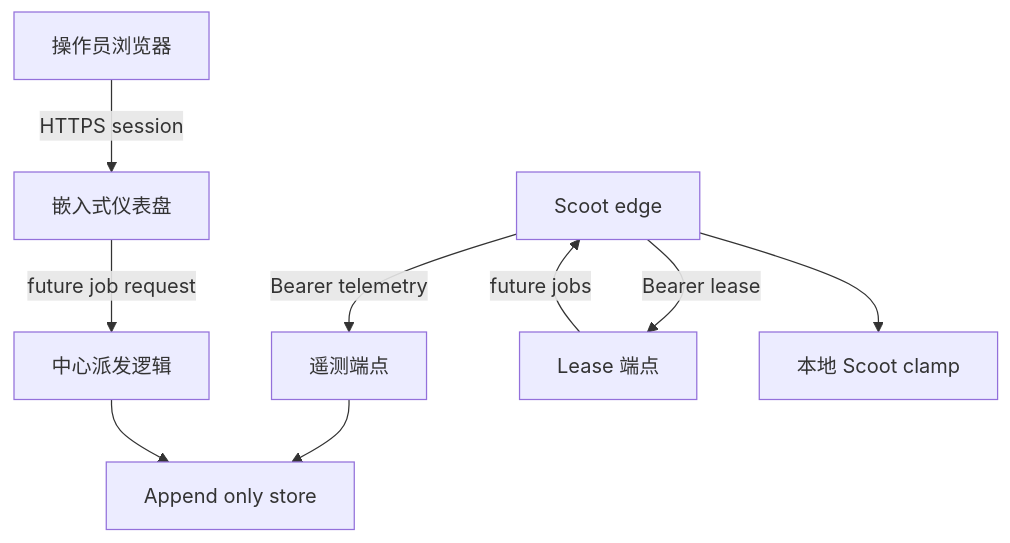
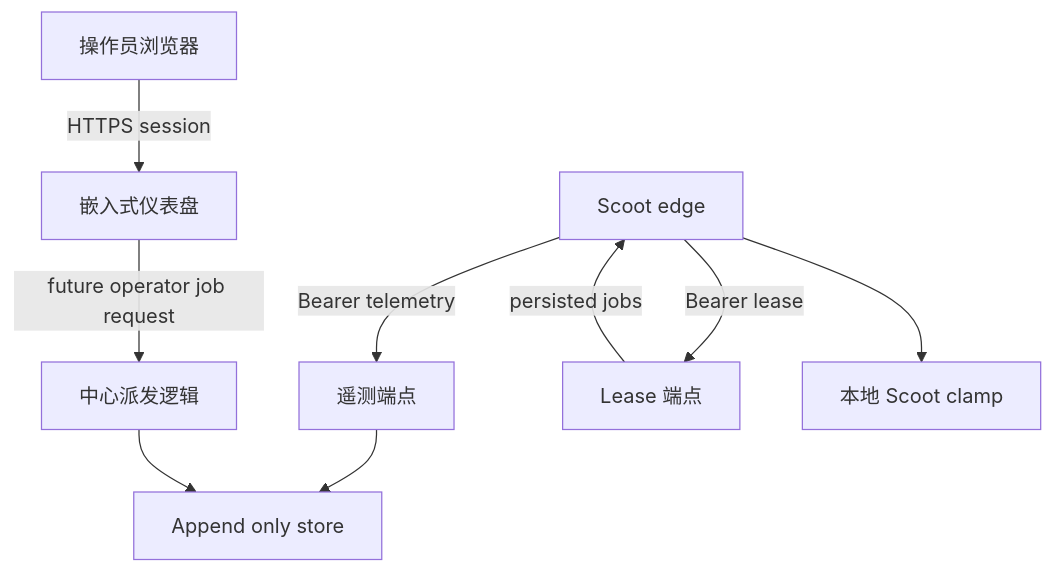
Before and after one commit to jamiesun/scootship: the diagram in docs/dispatch-threat-model.zh-CN.md, drawn with Mermaid. The commit also changed other lines of this file and 19 other files, not shown here.

````diff
--- a/docs/dispatch-threat-model.zh-CN.md
+++ b/docs/dispatch-threat-model.zh-CN.md
@@ -58,11 +61,11 @@
 ```mermaid
 flowchart TD
   O["操作员浏览器"] -->|HTTPS session| D["嵌入式仪表盘"]
-  D -->|future job request| C["中心派发逻辑"]
+  D -->|future operator job request| C["中心派发逻辑"]
   E["Scoot edge"] -->|Bearer telemetry| T["遥测端点"]
   E -->|Bearer lease| L["Lease 端点"]
   T --> S["Append only store"]
   C --> S
-  L -->|future jobs| E
+  L -->|persisted jobs| E
   E --> A["本地 Scoot clamp"]
 ```
````
